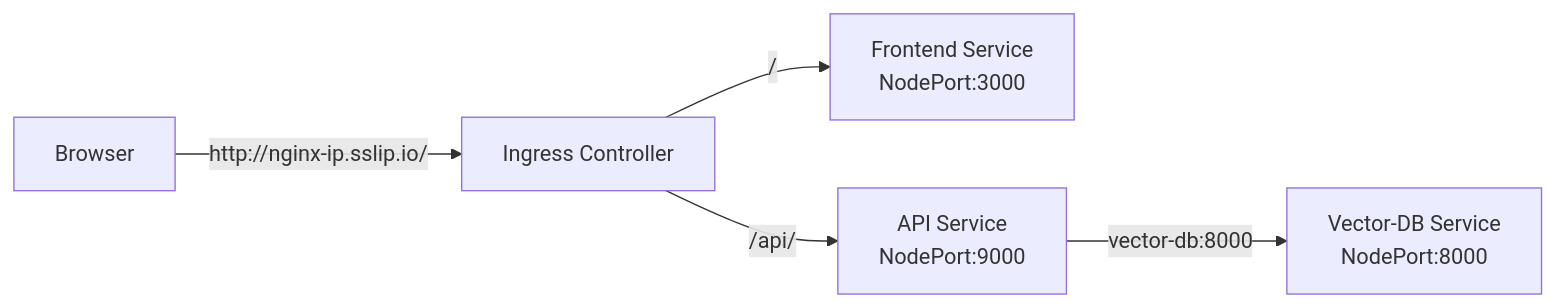
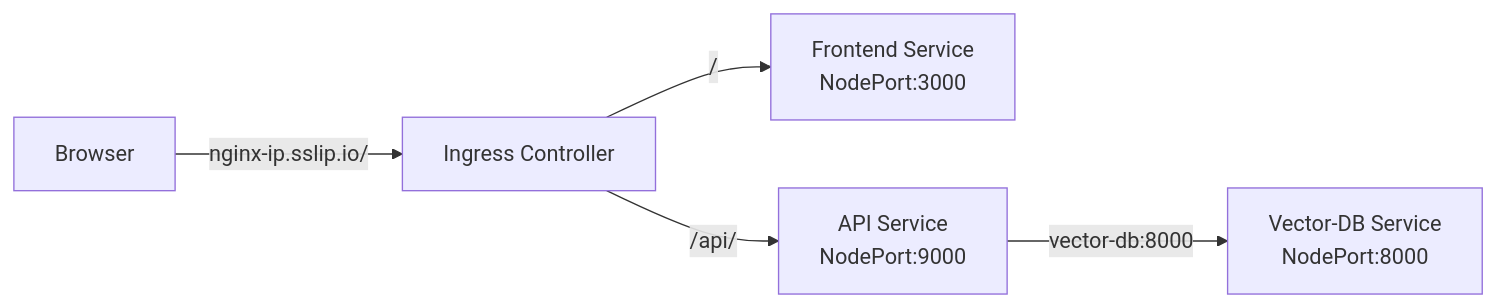
One commit to dlops-io/cheese-app-v3 changed the diagram in README.md. Above: the diagram before and after it, drawn with Mermaid.

````diff
--- a/README.md
+++ b/README.md
@@ -385,12 +385,12 @@
 ```mermaid
 graph LR
-    B[Browser] -->|http://nginx-ip.sslip.io/| I[Ingress Controller]
+    B[Browser] -->|nginx-ip.sslip.io/| I[Ingress Controller]
     I -->|/| F[Frontend Service<br/>NodePort:3000]
     I -->|/api/| A[API Service<br/>NodePort:9000]
     A -->|vector-db:8000| V[Vector-DB Service<br/>NodePort:8000]
 
     style I fill:#lightblue
     style F fill:#lightgreen
     style A fill:#lightgreen
     style V fill:#lightgreen
 ```
````
